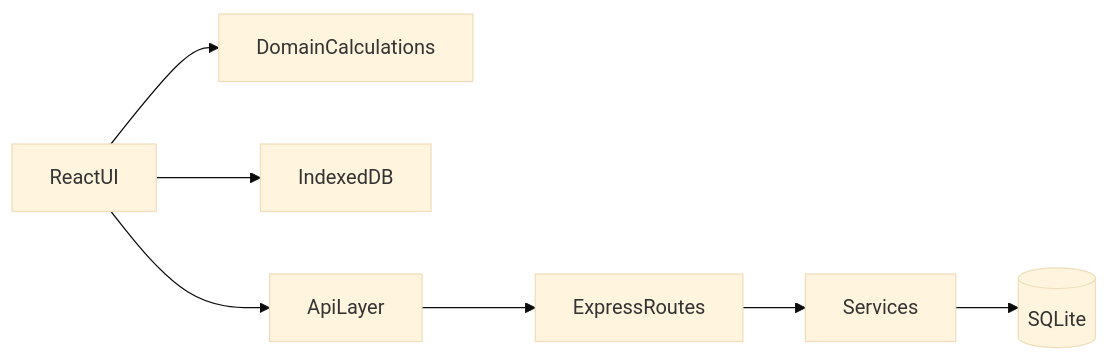
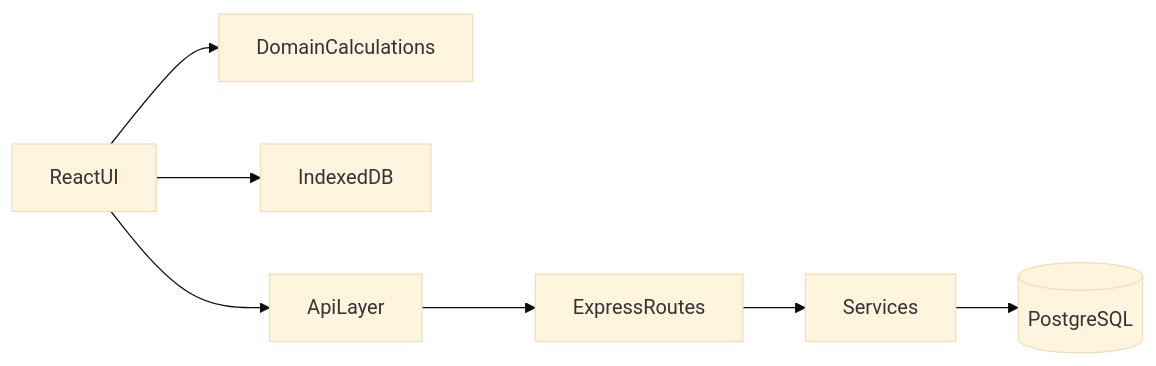
Before and after one commit to smatsri/poket-tracker: the first of 3 diagrams in docs/architecture.md, drawn with Mermaid (base theme). The commit also changed other lines of this file and 25 other files, not shown here.

First line of the commit message:
feat: store players and sessions in PostgreSQL

````diff
--- a/docs/architecture.md
+++ b/docs/architecture.md
@@ -5,9 +5,9 @@
 ```mermaid
 flowchart LR
   ui[ReactUI] --> domain[DomainCalculations]
   ui --> localStore[IndexedDB]
   ui --> apiLayer[ApiLayer]
   apiLayer --> routes[ExpressRoutes]
   routes --> services[Services]
-  services --> sqlite[(SQLite)]
+  services --> postgres[(PostgreSQL)]
 ```
````
